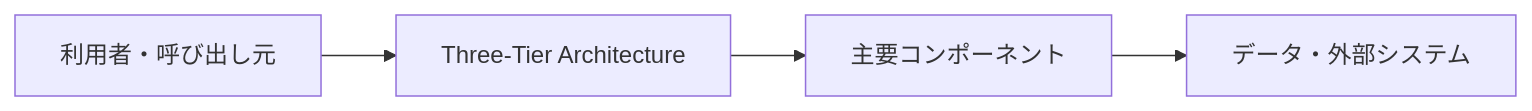
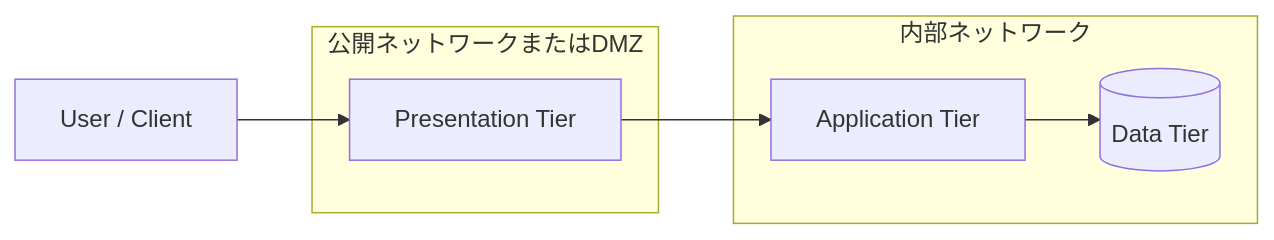
The diagram in docs/インフラ・運用系/3層アーキテクチャ.md (t-shirayama/architecture-notes), drawn with Mermaid before and after one commit. The commit also changed other lines of this file and 6 other files, not shown here.

Commit message:
docs: add architecture comparison guides

````diff
--- a/docs/インフラ・運用系/3層アーキテクチャ.md
+++ b/docs/インフラ・運用系/3層アーキテクチャ.md
@@ -24,6 +25,15 @@
 ```mermaid
 flowchart LR
-    A[利用者・呼び出し元] --> B[Three-Tier Architecture]
-    B --> C[主要コンポーネント]
-    C --> D[データ・外部システム]
+    User[User / Client] --> Web[Presentation Tier]
+    Web --> App[Application Tier]
+    App --> DB[(Data Tier)]
+
+    subgraph DMZ["公開ネットワークまたはDMZ"]
+        Web
+    end
+
+    subgraph Private["内部ネットワーク"]
+        App
+        DB
+    end
 ```
````
